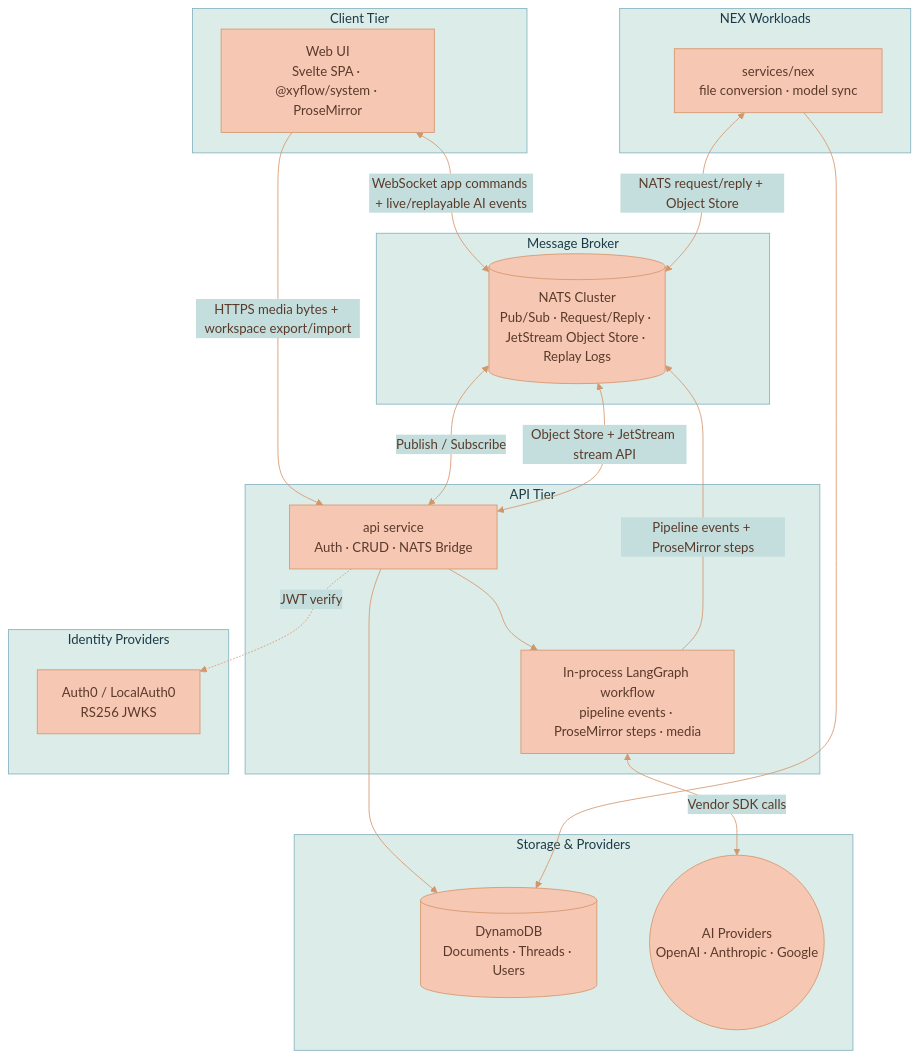
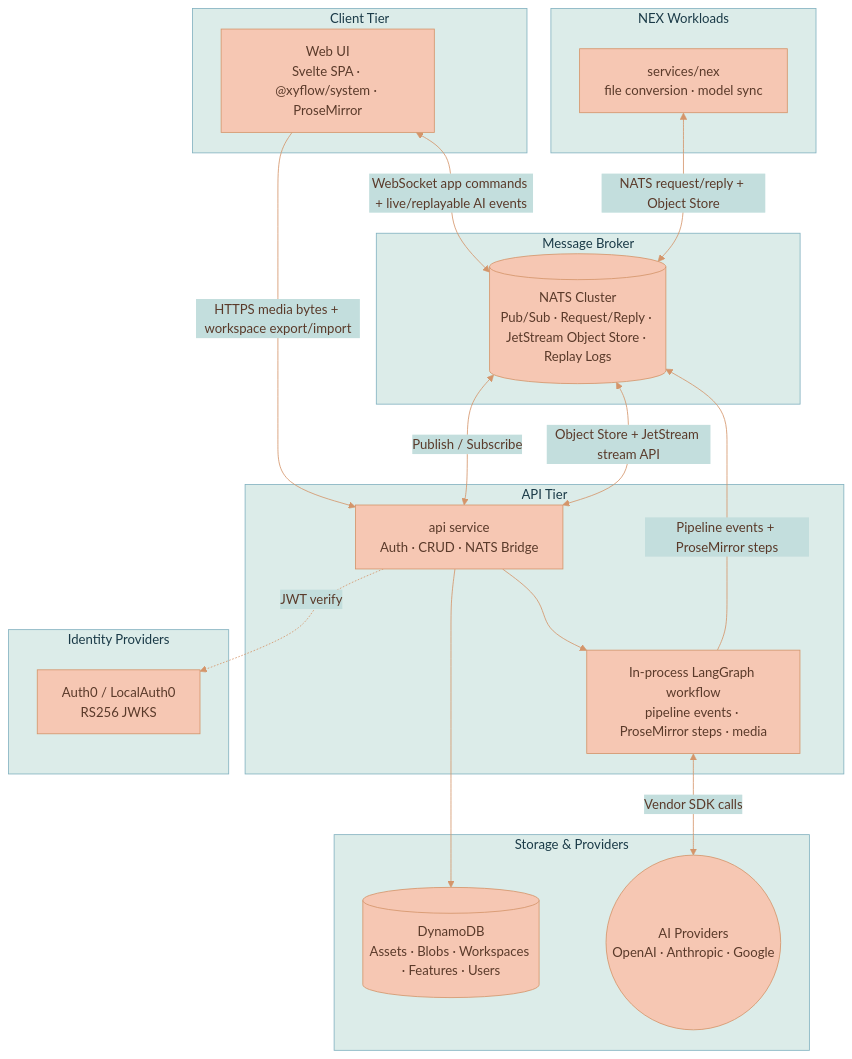
The first of 2 diagrams in documentation/platform/SYSTEM-ARCHITECTURE.md (Lixpi/lixpi), drawn with Mermaid before and after one commit. The commit also changed other lines of this file and 225 other files, not shown here.

````diff
--- a/documentation/platform/SYSTEM-ARCHITECTURE.md
+++ b/documentation/platform/SYSTEM-ARCHITECTURE.md
@@ -39,41 +39,40 @@
 ```mermaid
 %%{init: {'theme': 'base', 'themeVariables': { 'primaryColor': '#F6C7B3', 'primaryTextColor': '#5a3a2a', 'primaryBorderColor': '#d4956a', 'secondaryColor': '#C3DEDD', 'secondaryTextColor': '#1a3a47', 'secondaryBorderColor': '#4a8a9d', 'tertiaryColor': '#DCECE9', 'tertiaryTextColor': '#1a3a47', 'tertiaryBorderColor': '#82B2C0', 'lineColor': '#d4956a', 'textColor': '#5a3a2a'}}}%%
 graph TB
     subgraph Client["Client Tier"]
         UI["Web UI<br/>Svelte SPA · @xyflow/system · ProseMirror"]
     end
 
     subgraph Broker["Message Broker"]
         NATS[("NATS Cluster<br/>Pub/Sub · Request/Reply · JetStream Object Store · Replay Logs")]
     end
 
     subgraph Backend["API Tier"]
         API["api service<br/>Auth · CRUD · NATS Bridge"]
         LLM["In-process LangGraph workflow<br/>pipeline events · ProseMirror steps · media"]
     end
 
     subgraph Workers["NEX Workloads"]
         NEX["services/nex<br/>file conversion · model sync"]
     end
 
     subgraph Identity["Identity Providers"]
         Auth["Auth0 / LocalAuth0<br/>RS256 JWKS"]
     end
 
     subgraph Storage["Storage & Providers"]
-        DDB[("DynamoDB<br/>Documents · Threads · Users")]
+        DDB[("DynamoDB<br/>Assets · Blobs · Workspaces · Features · Users")]
         Provider(("AI Providers<br/>OpenAI · Anthropic · Google"))
     end
 
     UI <-->|WebSocket app commands + live/replayable AI events| NATS
     UI -->|HTTPS media bytes + workspace export/import| API
     NATS <-->|Publish / Subscribe| API
     API --> LLM
     API --> DDB
     API <-->|Object Store + JetStream stream API| NATS
     NEX <-->|NATS request/reply + Object Store| NATS
-    NEX --> DDB
     LLM -->|Pipeline events + ProseMirror steps| NATS
     LLM <-->|Vendor SDK calls| Provider
     API -.->|JWT verify| Auth
 ```
````
